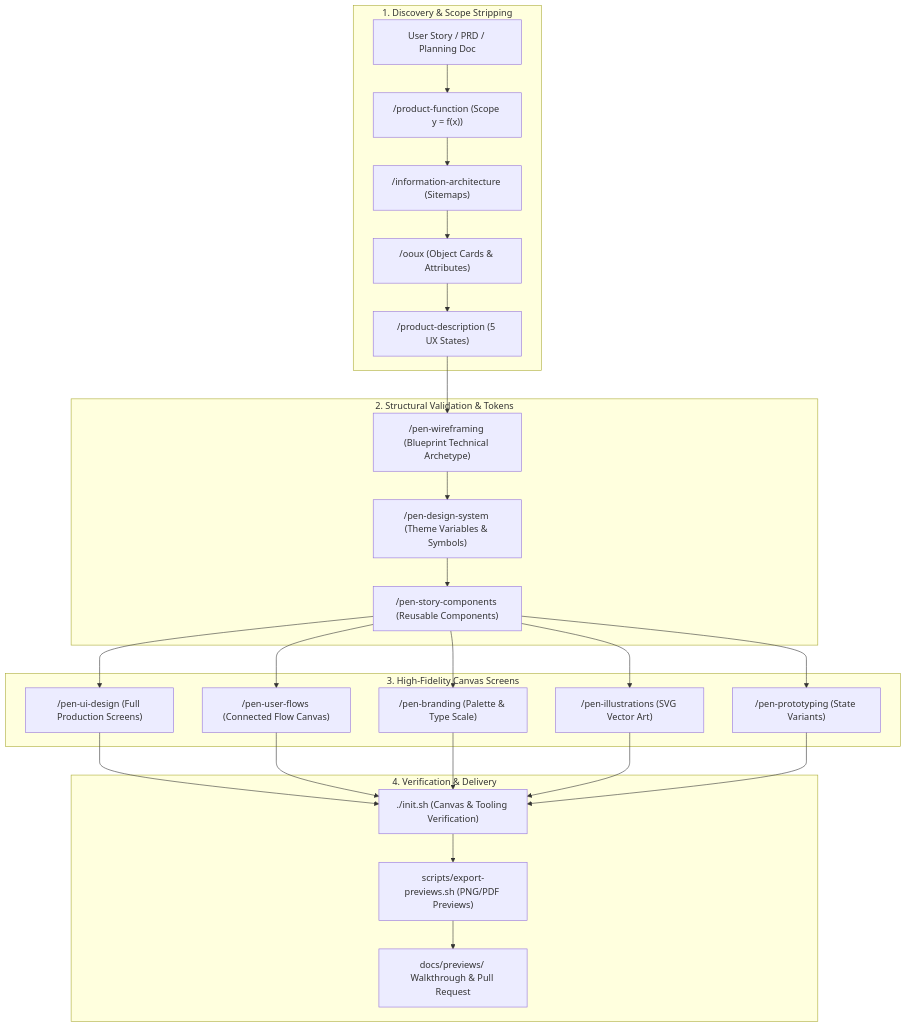
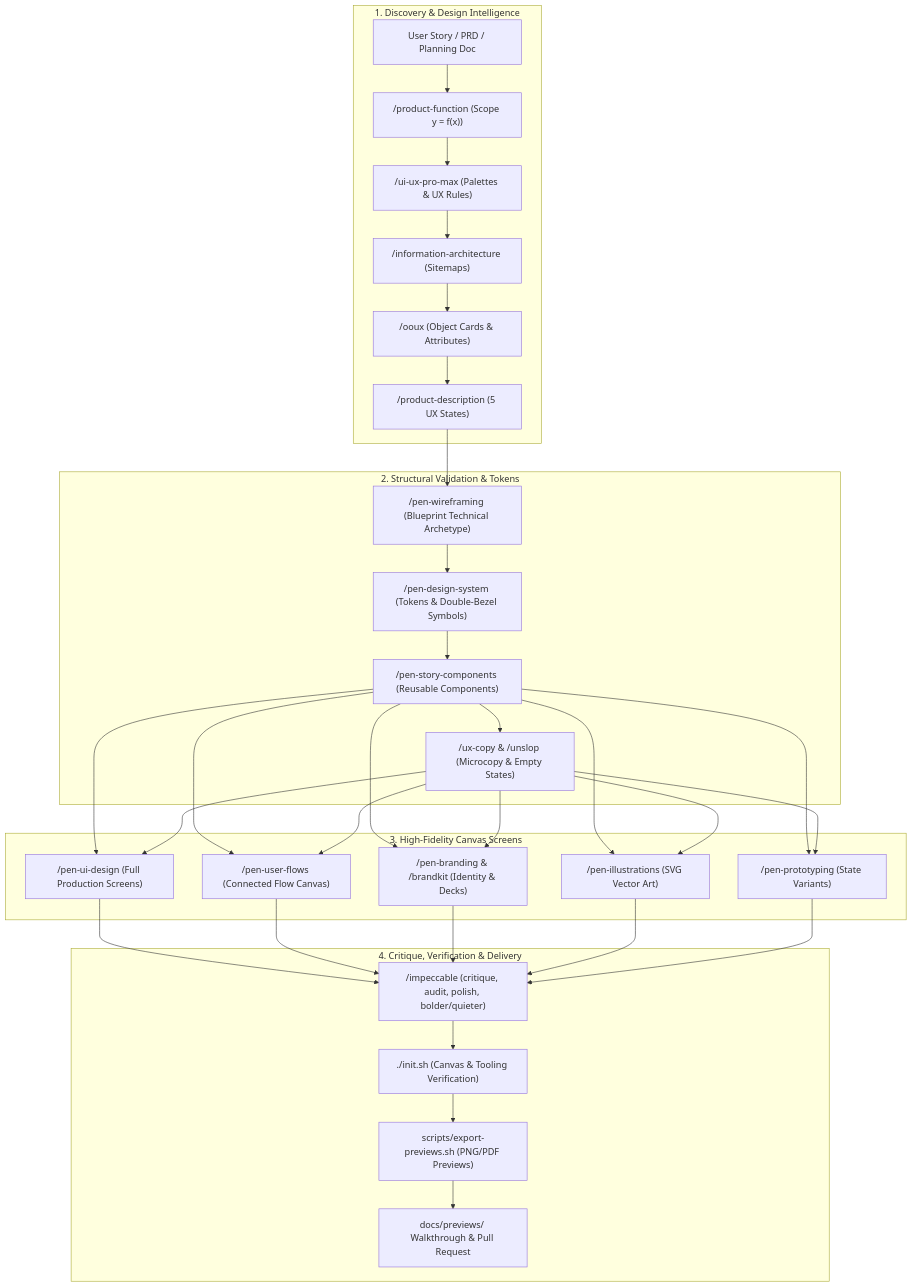
One commit to cesarchavezcal/design-tester changed the diagram in README.md. Above: the diagram before and after it, drawn with Mermaid. The commit also changed other lines of this file and 83 other files, not shown here.

Commit message:
feat(skills): integrate latest design intelligence and agency aesthetic skills

````diff
--- a/README.md
+++ b/README.md
@@ -53,35 +56,38 @@
 ```mermaid
 flowchart TD
-    subgraph Discovery ["1. Discovery & Scope Stripping"]
+    subgraph Discovery ["1. Discovery & Design Intelligence"]
         STORY["User Story / PRD / Planning Doc"]
         PF["/product-function (Scope y = f(x))"]
+        UIPRO["/ui-ux-pro-max (Palettes & UX Rules)"]
         IA["/information-architecture (Sitemaps)"]
         OOUX["/ooux (Object Cards & Attributes)"]
         PD["/product-description (5 UX States)"]
     end
 
     subgraph CanvasPrep ["2. Structural Validation & Tokens"]
         WF["/pen-wireframing (Blueprint Technical Archetype)"]
-        DS["/pen-design-system (Theme Variables & Symbols)"]
+        DS["/pen-design-system (Tokens & Double-Bezel Symbols)"]
         COMP["/pen-story-components (Reusable Components)"]
+        COPY["/ux-copy & /unslop (Microcopy & Empty States)"]
     end
 
     subgraph Production ["3. High-Fidelity Canvas Screens"]
         UI["/pen-ui-design (Full Production Screens)"]
         FLOW["/pen-user-flows (Connected Flow Canvas)"]
-        BRAND["/pen-branding (Palette & Type Scale)"]
+        BRAND["/pen-branding & /brandkit (Identity & Decks)"]
         ILLUST["/pen-illustrations (SVG Vector Art)"]
         PROTO["/pen-prototyping (State Variants)"]
     end
 
-    subgraph Verification ["4. Verification & Delivery"]
+    subgraph Verification ["4. Critique, Verification & Delivery"]
+        CRIT["/impeccable (critique, audit, polish, bolder/quieter)"]
         INIT["./init.sh (Canvas & Tooling Verification)"]
         EXP["scripts/export-previews.sh (PNG/PDF Previews)"]
         PR["docs/previews/ Walkthrough & Pull Request"]
     end
 
-    STORY --> PF --> IA --> OOUX --> PD
-    PD --> WF --> DS --> COMP
-    COMP --> UI & FLOW & BRAND & ILLUST & PROTO
-    UI & FLOW & BRAND & ILLUST & PROTO --> INIT --> EXP --> PR
+    STORY --> PF --> UIPRO --> IA --> OOUX --> PD
+    PD --> WF --> DS --> COMP --> COPY
+    COMP & COPY --> UI & FLOW & BRAND & ILLUST & PROTO
+    UI & FLOW & BRAND & ILLUST & PROTO --> CRIT --> INIT --> EXP --> PR
 ```
````
